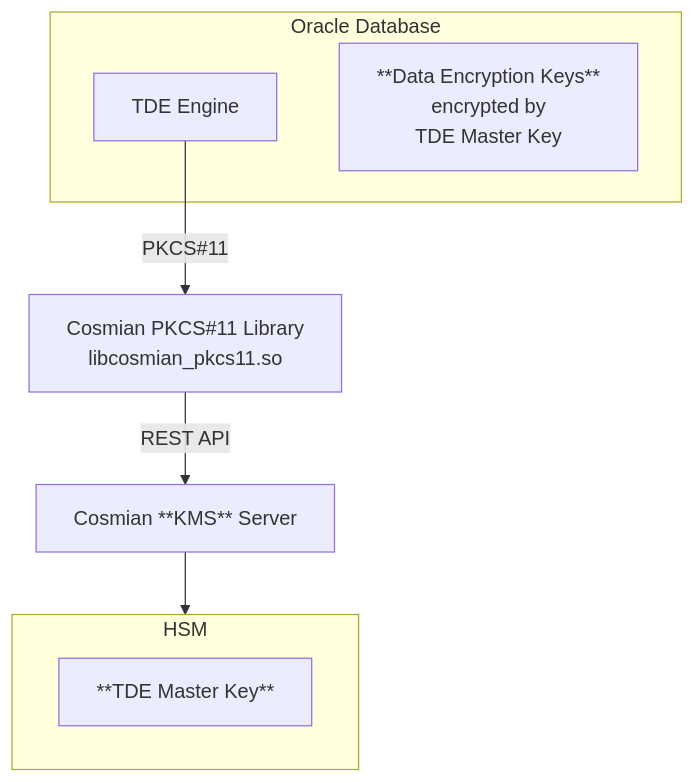
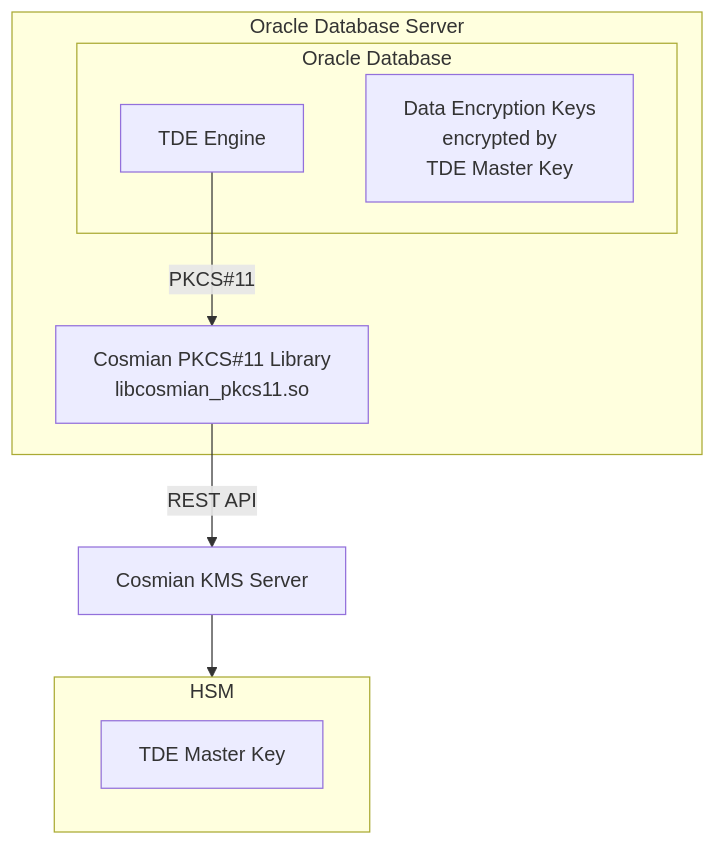
Before and after one commit to Cosmian/kms: the second of 2 diagrams in documentation/docs/integrations/databases/oracle_tde.md, drawn with Mermaid. The commit also changed other lines of this file and 33 other files, not shown here.

Commit message:
feat(oracle_tde): add OIDC auth on client via Oracle password

````diff
--- a/documentation/docs/integrations/databases/oracle_tde.md
+++ b/documentation/docs/integrations/databases/oracle_tde.md
@@ -111,16 +112,19 @@
 ```mermaid
 graph TD
-    subgraph oracle_db[Oracle Database]
-        tde_engine[TDE Engine]
-        dek[**Data Encryption Keys**
-        encrypted by
-        TDE Master Key]
+    subgraph oracle_server[Oracle Database Server]
+        subgraph oracle_db[Oracle Database]
+            tde_engine[TDE Engine]
+            dek[Data Encryption Keys
+            encrypted by
+            TDE Master Key]
+        end
+        pkcs11[Cosmian PKCS#11 Library
+        libcosmian_pkcs11.so]
     end
-    tde_engine -- PKCS#11 --> pkcs11[Cosmian PKCS#11 Library
-    libcosmian_pkcs11.so]
-    pkcs11 -- REST API --> KMS[Cosmian **KMS** Server]
-    KMS --> HSM[HSM]
+    tde_engine -- PKCS#11 --> pkcs11
+    pkcs11 -- REST API --> KMS[Cosmian KMS Server]
+    KMS --> HSM
     subgraph HSM[HSM]
-        master_key[**TDE Master Key**]
+        master_key[TDE Master Key]
     end
 ```
````
